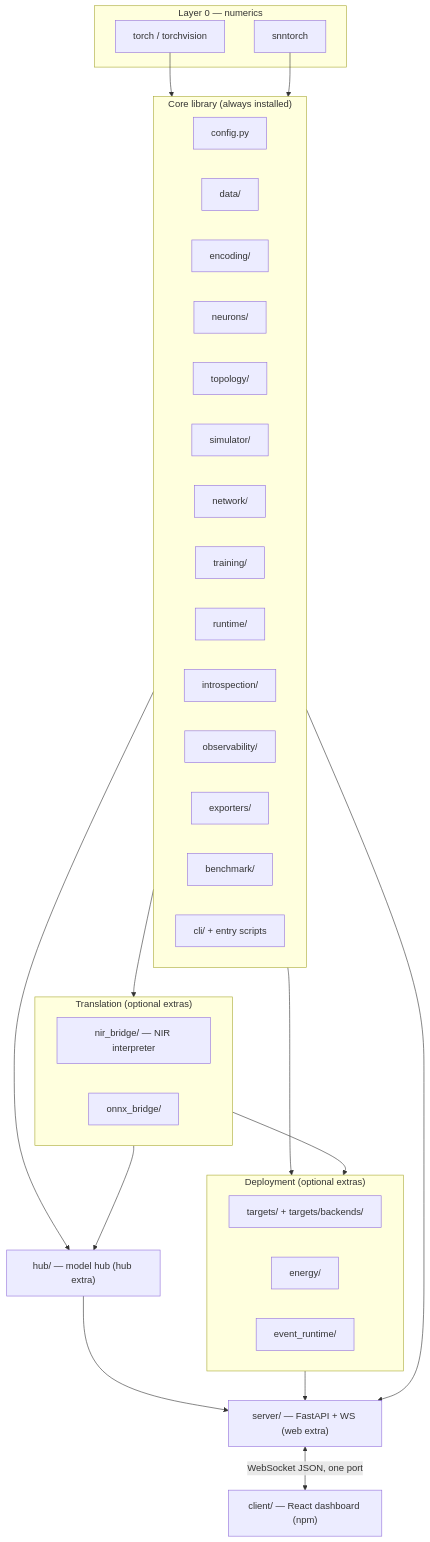
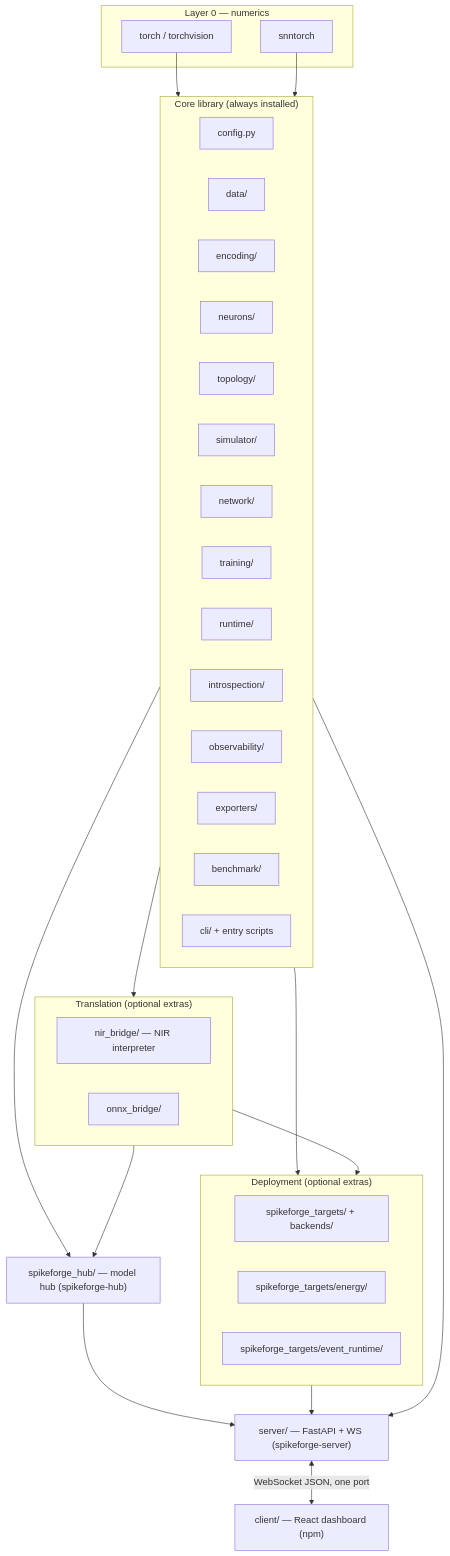
Before and after one commit to Capsize-Games/spikeforge: the diagram in plans/repo_topology_plan.md, drawn with Mermaid. The commit also changed other lines of this file and 17 other files, not shown here.

````diff
--- a/plans/repo_topology_plan.md
+++ b/plans/repo_topology_plan.md
@@ -81,51 +83,51 @@
 ```mermaid
 flowchart TB
     subgraph L0["Layer 0 — numerics"]
         torch["torch / torchvision"]
         snntorch["snntorch"]
     end
 
     subgraph CORE["Core library (always installed)"]
         config["config.py"]
         data["data/"]
         encoding["encoding/"]
         neurons["neurons/"]
         topology["topology/"]
         simulator["simulator/"]
         network["network/"]
         training["training/"]
         runtime["runtime/"]
         intro["introspection/"]
         obs["observability/"]
         exporters["exporters/"]
         bench["benchmark/"]
         cli["cli/ + entry scripts"]
     end
 
     subgraph TR["Translation (optional extras)"]
         nir["nir_bridge/ — NIR interpreter"]
         onnx["onnx_bridge/"]
     end
 
     subgraph DEPLOY["Deployment (optional extras)"]
-        targets["targets/ + targets/backends/"]
-        energy["energy/"]
-        events["event_runtime/"]
+        targets["spikeforge_targets/ + backends/"]
+        energy["spikeforge_targets/energy/"]
+        events["spikeforge_targets/event_runtime/"]
     end
 
-    hub["hub/ — model hub (hub extra)"]
-    server["server/ — FastAPI + WS (web extra)"]
+    hub["spikeforge_hub/ — model hub (spikeforge-hub)"]
+    server["server/ — FastAPI + WS (spikeforge-server)"]
     client["client/ — React dashboard (npm)"]
 
     torch --> CORE
     snntorch --> CORE
     CORE --> TR
     CORE --> DEPLOY
     CORE --> hub
     TR --> DEPLOY
     TR --> hub
     hub --> server
     DEPLOY --> server
     CORE --> server
     server <-->|"WebSocket JSON, one port"| client
 ```
````
